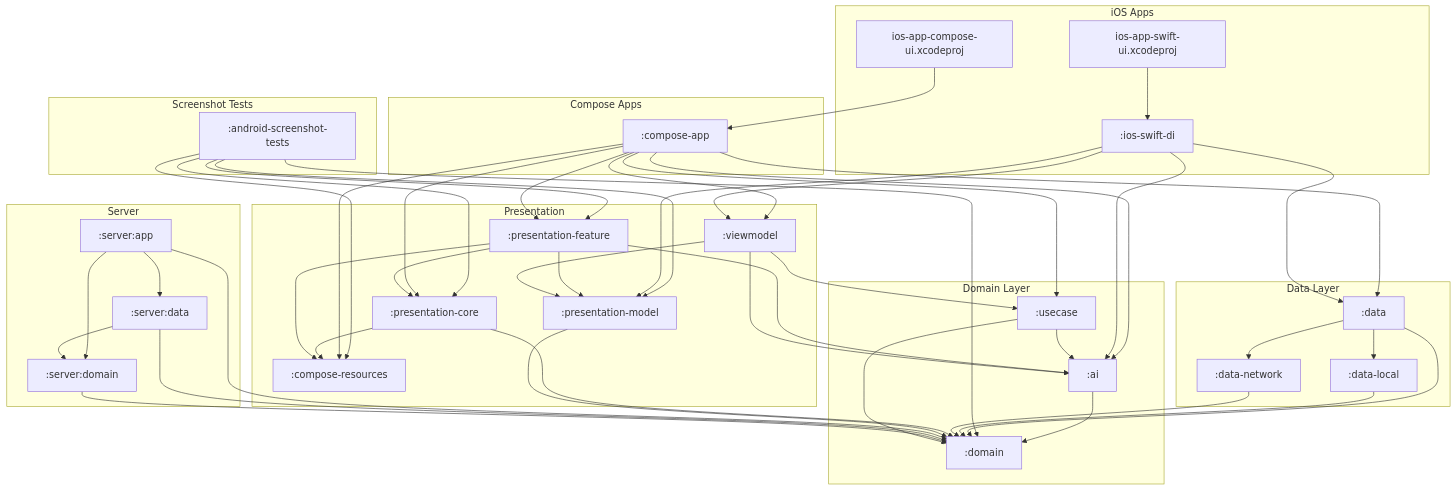
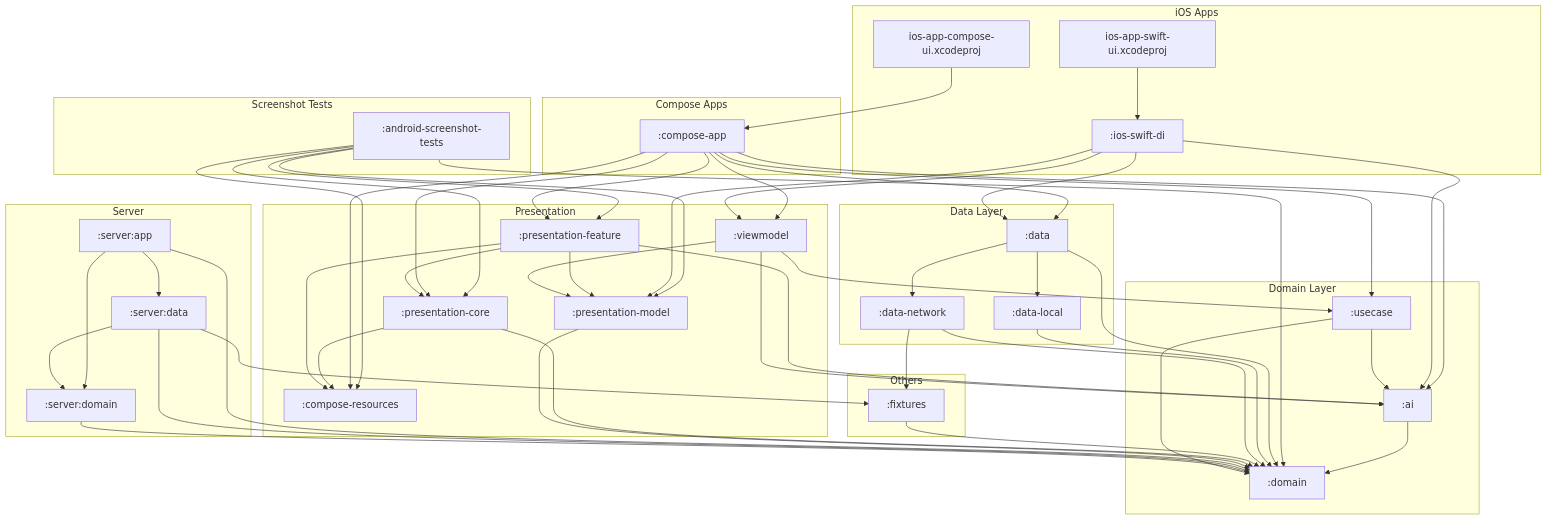
One commit to cartland/battery-butler changed the diagram in docs/diagrams/full_system_structure.mmd. Above: the diagram before and after it, drawn with Mermaid. The commit also changed 69 other files, not shown here.

Commit message:
Refactor data-local and data-network package structure

```diff
--- a/docs/diagrams/full_system_structure.mmd
+++ b/docs/diagrams/full_system_structure.mmd
@@ -1,100 +1,108 @@
 graph TD
     subgraph "iOS Apps"
         IosSwiftDi[":ios-swift-di"]
         IosAppComposeUi.xcodeproj["ios-app-compose-ui.xcodeproj"]
         IosAppSwiftUi.xcodeproj["ios-app-swift-ui.xcodeproj"]
     end
 
     subgraph "Compose Apps"
         ComposeApp[":compose-app"]
     end
 
     subgraph "Server"
         ServerApp[":server:app"]
         ServerData[":server:data"]
         ServerDomain[":server:domain"]
     end
 
     subgraph "Presentation"
         ComposeResources[":compose-resources"]
         PresentationCore[":presentation-core"]
         PresentationFeature[":presentation-feature"]
         PresentationModel[":presentation-model"]
         Viewmodel[":viewmodel"]
     end
 
     subgraph "Domain Layer"
         Ai[":ai"]
         Domain[":domain"]
         Usecase[":usecase"]
     end
 
     subgraph "Data Layer"
         Data[":data"]
         DataLocal[":data-local"]
         DataNetwork[":data-network"]
     end
 
     subgraph "Screenshot Tests"
         AndroidScreenshotTests[":android-screenshot-tests"]
     end
 
+    subgraph "Others"
+        Fixtures[":fixtures"]
+    end
+
     %% Dependencies
     Ai --> Domain
 
     AndroidScreenshotTests --> ComposeResources
     AndroidScreenshotTests --> Domain
     AndroidScreenshotTests --> PresentationCore
     AndroidScreenshotTests --> PresentationFeature
     AndroidScreenshotTests --> PresentationModel
 
     ComposeApp --> Ai
     ComposeApp --> ComposeResources
     ComposeApp --> Data
     ComposeApp --> PresentationCore
     ComposeApp --> PresentationFeature
     ComposeApp --> Usecase
     ComposeApp --> Viewmodel
 
     Data --> DataLocal
     Data --> DataNetwork
     Data --> Domain
 
     DataLocal --> Domain
 
     DataNetwork --> Domain
+    DataNetwork --> Fixtures
+
+    Fixtures --> Domain
 
     IosSwiftDi --> Ai
     IosSwiftDi --> Data
     IosSwiftDi --> PresentationModel
     IosSwiftDi --> Viewmodel
 
     PresentationCore --> ComposeResources
     PresentationCore --> Domain
 
     PresentationFeature --> Ai
     PresentationFeature --> ComposeResources
     PresentationFeature --> PresentationCore
     PresentationFeature --> PresentationModel
 
     PresentationModel --> Domain
 
     ServerApp --> Domain
     ServerApp --> ServerData
     ServerApp --> ServerDomain
 
     ServerData --> Domain
+    ServerData --> Fixtures
     ServerData --> ServerDomain
 
     ServerDomain --> Domain
 
     Usecase --> Ai
     Usecase --> Domain
 
     Viewmodel --> Ai
     Viewmodel --> PresentationModel
     Viewmodel --> Usecase
 
     IosAppComposeUi.xcodeproj --> ComposeApp
 
     IosAppSwiftUi.xcodeproj --> IosSwiftDi
```
